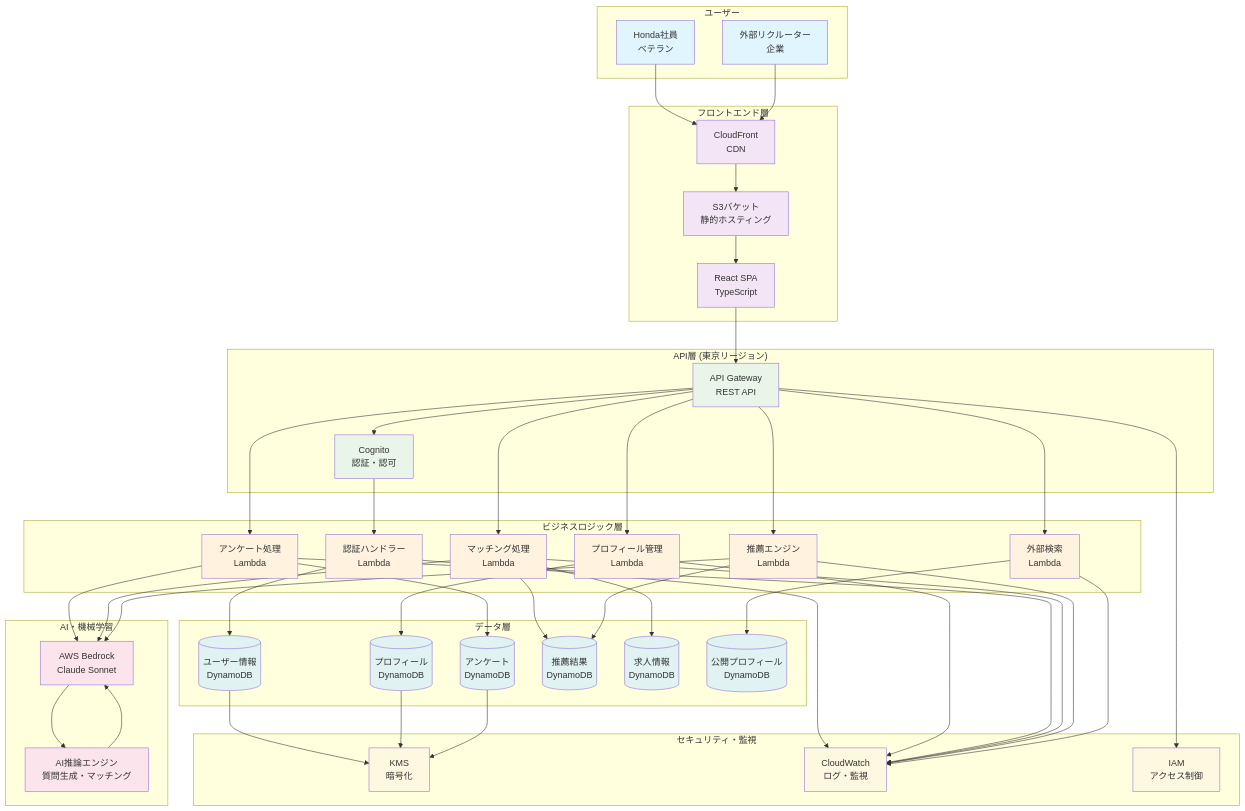
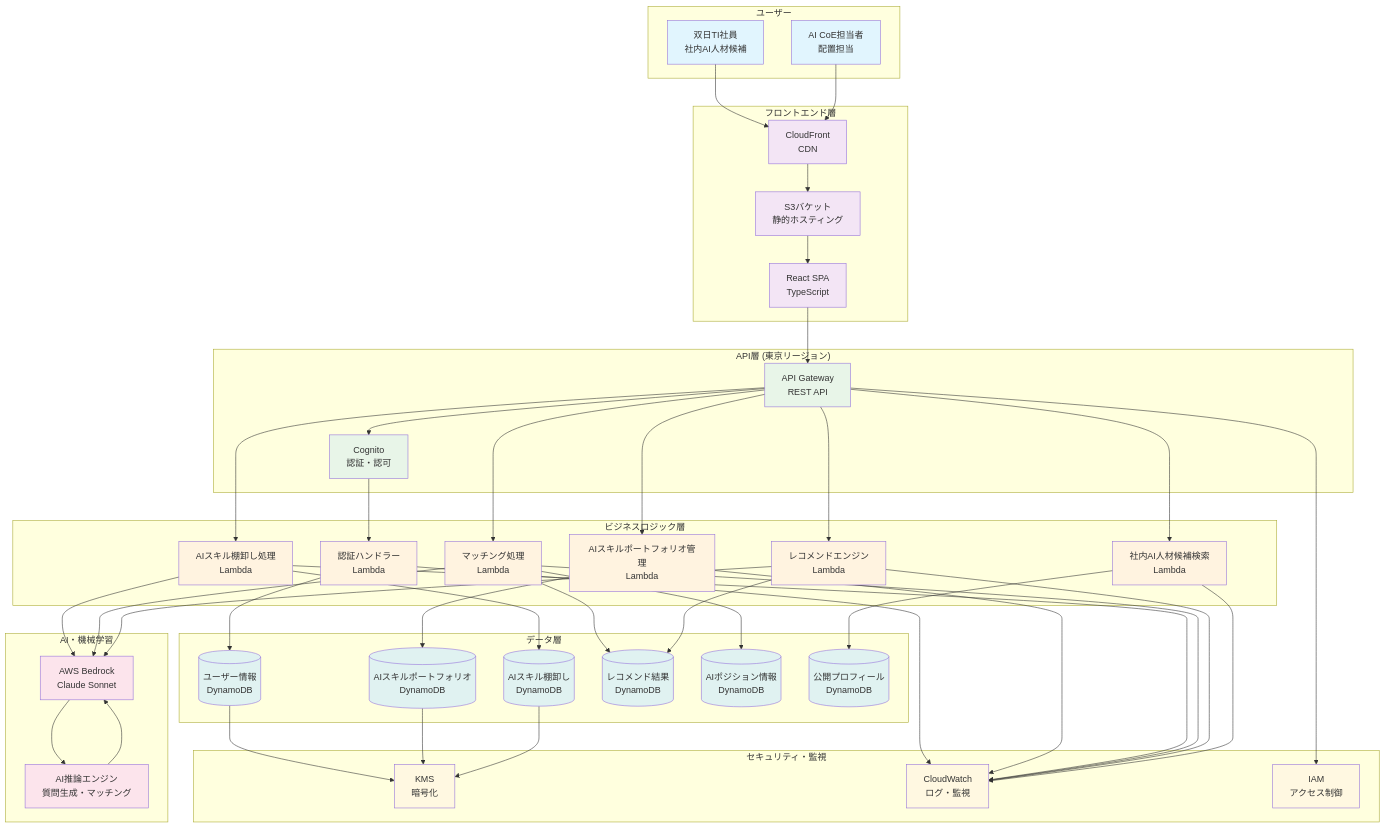
Before and after one commit to leadlea/honda: the first of 3 diagrams in README.md, drawn with Mermaid. The commit also changed other lines of this file and 1 other file, not shown here.

````diff
--- a/README.md
+++ b/README.md
@@ -29,8 +29,8 @@
 ```mermaid
 graph TB
     subgraph "ユーザー"
-        U1[Honda社員<br/>ベテラン]
-        U2[外部リクルーター<br/>企業]
+        U1[双日TI社員<br/>社内AI人材候補]
+        U2[AI CoE担当者<br/>配置担当]
     end
 
     subgraph "フロントエンド層"
@@ -46,11 +46,11 @@
 
     subgraph "ビジネスロジック層"
         L1[認証ハンドラー<br/>Lambda]
-        L2[プロフィール管理<br/>Lambda]
-        L3[アンケート処理<br/>Lambda]
+        L2[AIスキルポートフォリオ管理<br/>Lambda]
+        L3[AIスキル棚卸し処理<br/>Lambda]
         L4[マッチング処理<br/>Lambda]
-        L5[推薦エンジン<br/>Lambda]
-        L6[外部検索<br/>Lambda]
+        L5[レコメンドエンジン<br/>Lambda]
+        L6[社内AI人材候補検索<br/>Lambda]
     end
 
     subgraph "AI・機械学習"
@@ -60,10 +60,10 @@
 
     subgraph "データ層"
         DB1[(ユーザー情報<br/>DynamoDB)]
-        DB2[(プロフィール<br/>DynamoDB)]
-        DB3[(アンケート<br/>DynamoDB)]
-        DB4[(推薦結果<br/>DynamoDB)]
-        DB5[(求人情報<br/>DynamoDB)]
+        DB2[(AIスキルポートフォリオ<br/>DynamoDB)]
+        DB3[(AIスキル棚卸し<br/>DynamoDB)]
+        DB4[(レコメンド結果<br/>DynamoDB)]
+        DB5[(AIポジション情報<br/>DynamoDB)]
         DB6[(公開プロフィール<br/>DynamoDB)]
     end
 
@@ -73,32 +73,23 @@
         IAM[IAM<br/>アクセス制御]
     end
 
-    %% ユーザーフロー
     U1 --> CF
     U2 --> CF
     CF --> S3
     S3 --> WEB
     WEB --> AG
-
-    %% API認証フロー
     AG --> AUTH
     AUTH --> L1
-
-    %% ビジネスロジックフロー
     AG --> L2
     AG --> L3
     AG --> L4
     AG --> L5
     AG --> L6
-
-    %% AI統合
     L3 --> BR
     L4 --> BR
     L5 --> BR
     BR --> AI
     AI --> BR
-
-    %% データアクセス
     L1 --> DB1
     L2 --> DB2
     L3 --> DB3
@@ -106,8 +97,6 @@
     L5 --> DB4
     L6 --> DB6
     L4 --> DB5
-
-    %% セキュリティ統合
     DB1 --> KMS
     DB2 --> KMS
     DB3 --> KMS
@@ -119,7 +108,6 @@
     L6 --> CW
     AG --> IAM
 
-    %% スタイリング
     classDef userClass fill:#e1f5fe
     classDef frontendClass fill:#f3e5f5
     classDef apiClass fill:#e8f5e8
````
